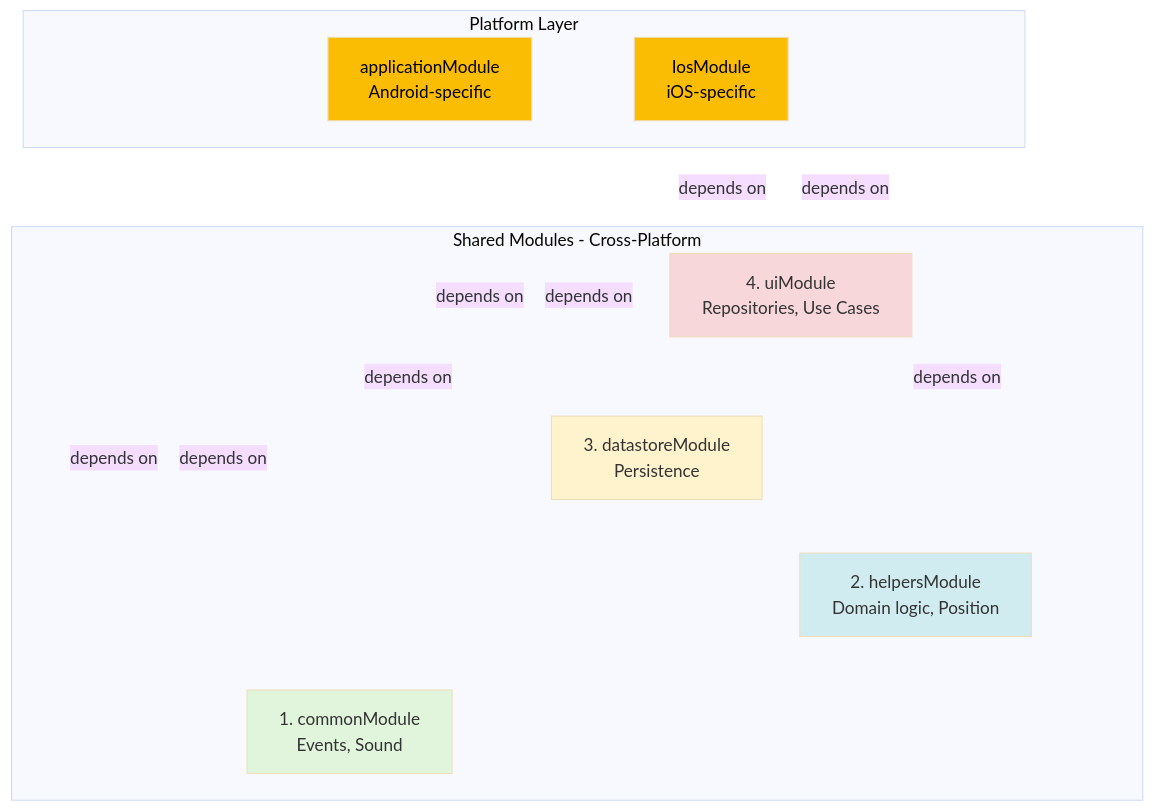
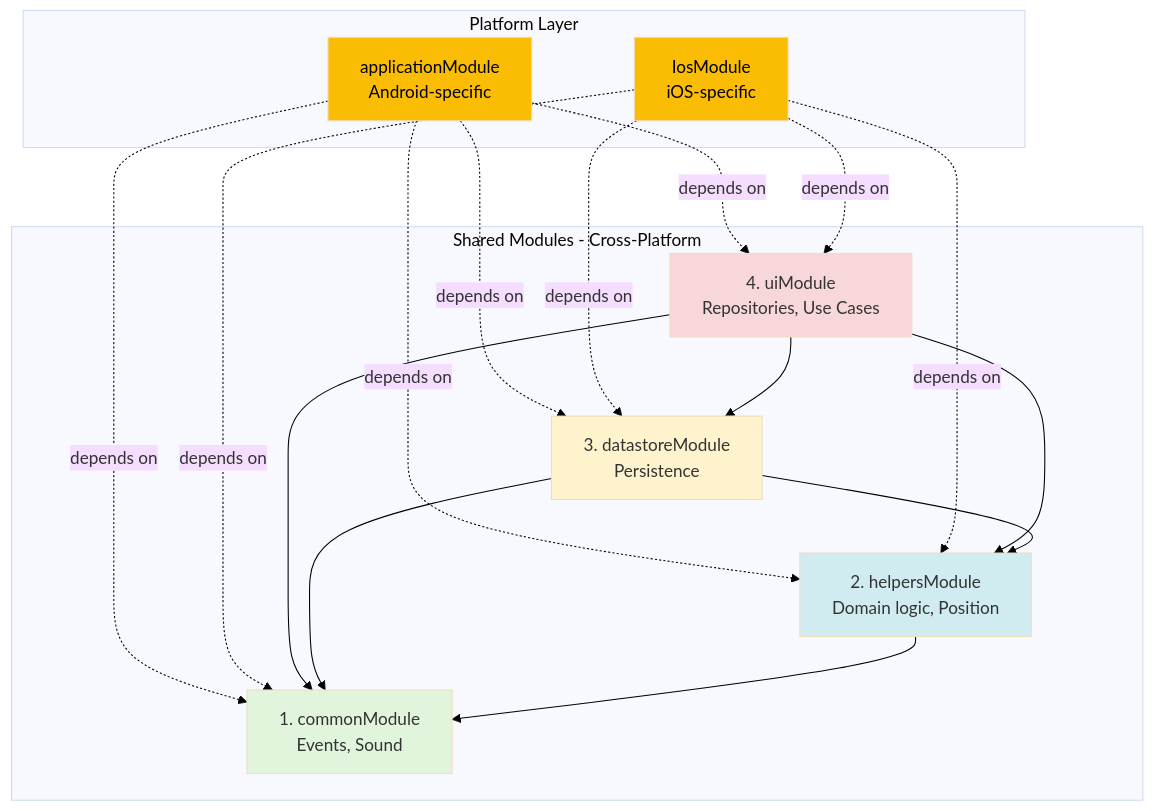
The diagram in docs/patterns/di-patterns.md (drwave-www/WorldWideWaves), drawn with Mermaid before and after one commit. The commit also changed 8 other files, not shown here.

First line of the commit message:
docs: migrate all mermaid diagrams to white background

````diff
--- a/docs/patterns/di-patterns.md
+++ b/docs/patterns/di-patterns.md
@@ -24,39 +24,39 @@
 ```mermaid
-%%{init: {'theme':'base', 'themeVariables': { 'background':'transparent'}}}%%
+%%{init: {'theme':'base', 'themeVariables': { 'background':'#ffffff'}}}%%
 graph TB
     subgraph "Platform Layer"
         ANDROID[applicationModule<br/>Android-specific]
         IOS[IosModule<br/>iOS-specific]
     end
 
     subgraph "Shared Modules - Cross-Platform"
         COMMON[1. commonModule<br/>Events, Sound]
         HELPERS[2. helpersModule<br/>Domain logic, Position]
         DATASTORE[3. datastoreModule<br/>Persistence]
         UI[4. uiModule<br/>Repositories, Use Cases]
     end
 
     ANDROID -.->|depends on| COMMON
     ANDROID -.->|depends on| HELPERS
     ANDROID -.->|depends on| DATASTORE
     ANDROID -.->|depends on| UI
 
     IOS -.->|depends on| COMMON
     IOS -.->|depends on| HELPERS
     IOS -.->|depends on| DATASTORE
     IOS -.->|depends on| UI
 
     UI --> DATASTORE
     UI --> HELPERS
     UI --> COMMON
     DATASTORE --> HELPERS
     DATASTORE --> COMMON
     HELPERS --> COMMON
 
     style COMMON fill:#e1f5dd
     style HELPERS fill:#d1ecf1
     style DATASTORE fill:#fff3cd
     style UI fill:#f8d7da
     style ANDROID fill:#fbbc04,color:#000
     style IOS fill:#fbbc04,color:#000
 ```
````
